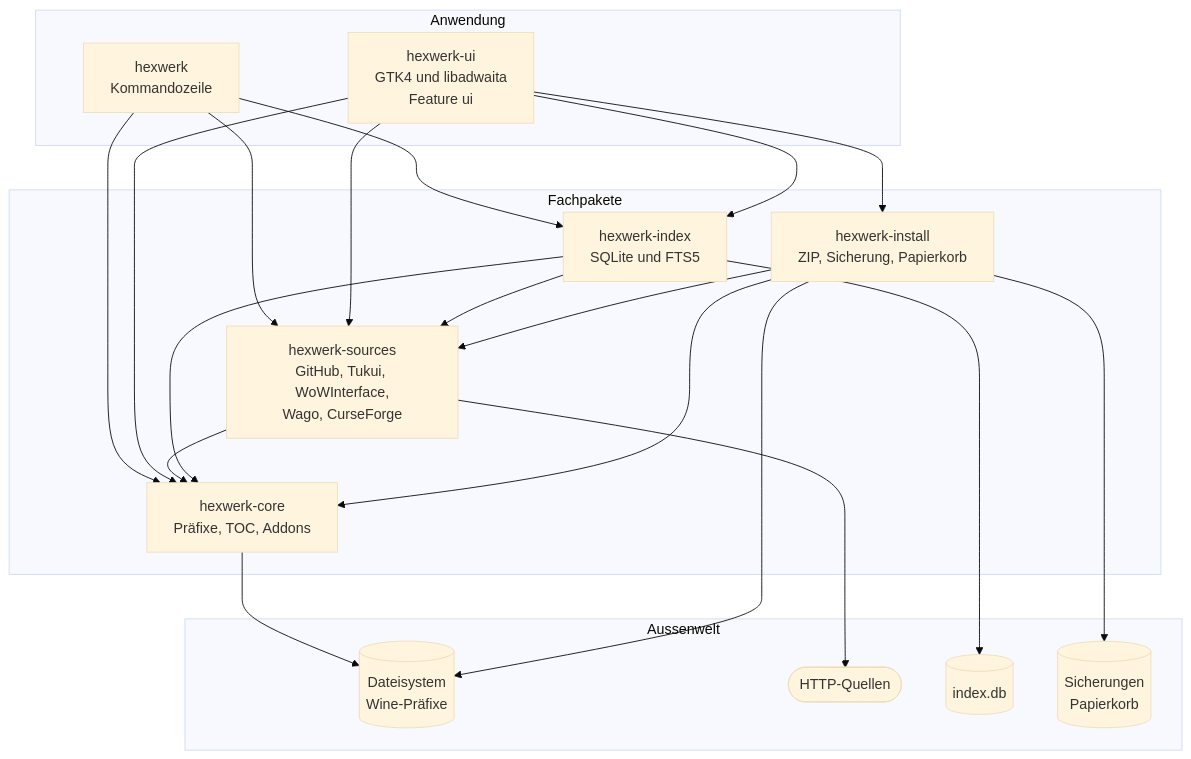
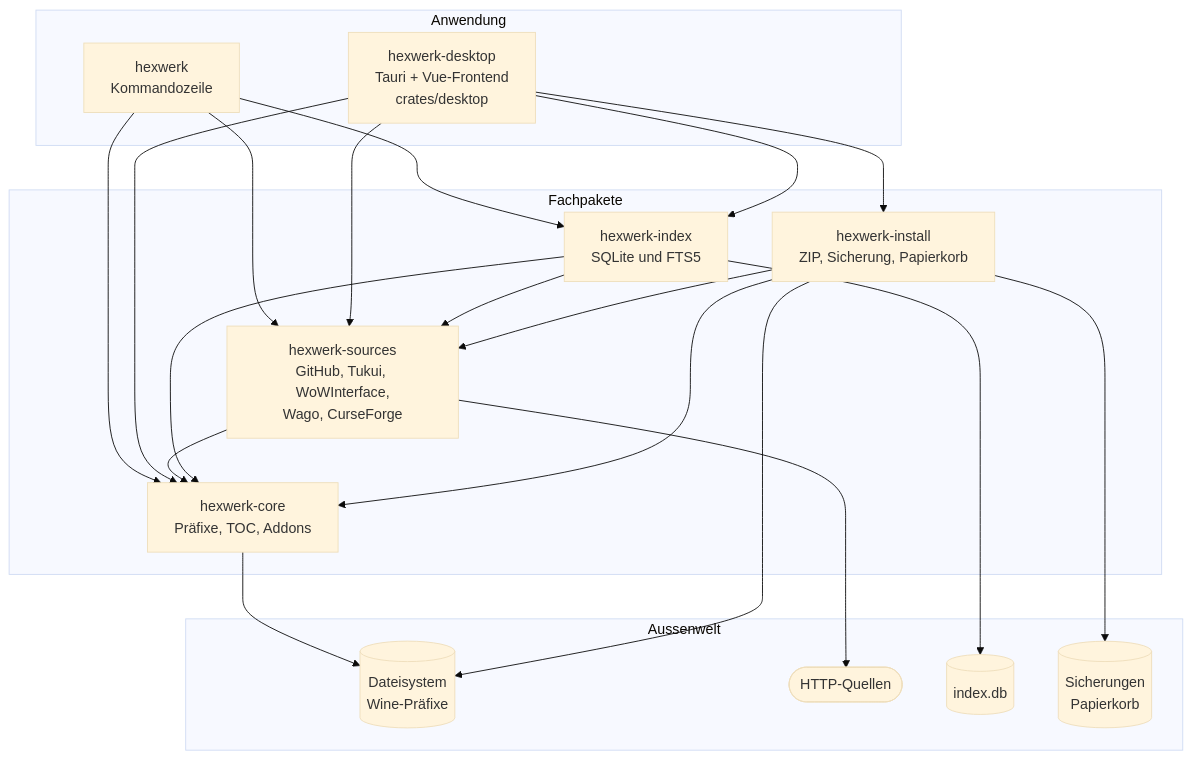
One commit to patimweb-labs/hexwerk changed the first of 6 diagrams in docs/ARCHITEKTUR.md. Above: the diagram before and after it, drawn with Mermaid (base theme). The commit also changed 31 other files, not shown here.

First line of the commit message:
Alte GTK-Oberflaeche entfernt, Flatpak baut die Tauri-App

````diff
--- a/docs/ARCHITEKTUR.md
+++ b/docs/ARCHITEKTUR.md
@@ -14,41 +14,41 @@
 ```mermaid
 flowchart TD
     subgraph Anwendung
         CLI[hexwerk<br/>Kommandozeile]
-        UI[hexwerk-ui<br/>GTK4 und libadwaita<br/>Feature ui]
+        UI[hexwerk-desktop<br/>Tauri + Vue-Frontend<br/>crates/desktop]
     end
 
     subgraph Fachpakete
         CORE[hexwerk-core<br/>Präfixe, TOC, Addons]
         SOURCES[hexwerk-sources<br/>GitHub, Tukui, WoWInterface,<br/>Wago, CurseForge]
         INDEX[hexwerk-index<br/>SQLite und FTS5]
         INSTALL[hexwerk-install<br/>ZIP, Sicherung, Papierkorb]
     end
 
     subgraph Aussenwelt
         FS[(Dateisystem<br/>Wine-Präfixe)]
         NET([HTTP-Quellen])
         DB[(index.db)]
         DATA[(Sicherungen<br/>Papierkorb)]
     end
 
     CLI --> CORE
     CLI --> INDEX
     CLI --> SOURCES
     UI --> CORE
     UI --> INDEX
     UI --> SOURCES
     UI --> INSTALL
 
     SOURCES --> CORE
     INDEX --> CORE
     INDEX --> SOURCES
     INSTALL --> CORE
     INSTALL --> SOURCES
 
     CORE --> FS
     SOURCES --> NET
     INDEX --> DB
     INSTALL --> FS
     INSTALL --> DATA
 ```
````
